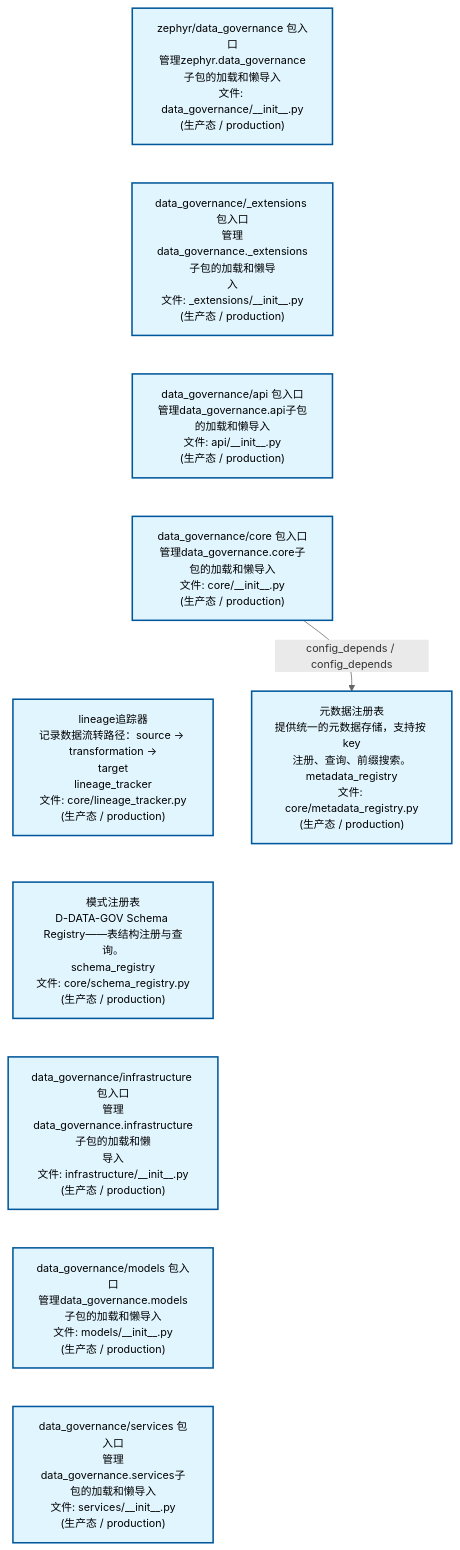
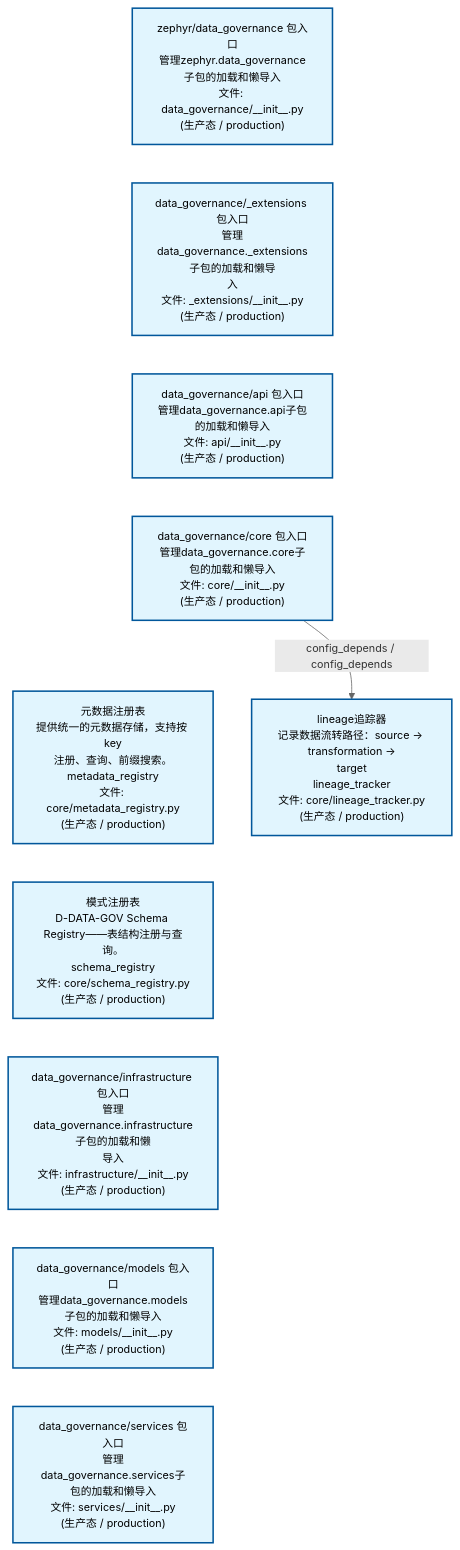
One commit to xuanFelixVan/ZephyrAlpha changed the second of 2 diagrams in docs/02_enterprise_architecture/02_domain_architecture_docs/13_d_data_gov.md. Above: the diagram before and after it, drawn with Mermaid. The commit also changed other lines of this file and 37 other files, not shown here.

````diff
--- a/docs/02_enterprise_architecture/02_domain_architecture_docs/13_d_data_gov.md
+++ b/docs/02_enterprise_architecture/02_domain_architecture_docs/13_d_data_gov.md
@@ -86,28 +86,28 @@
 ```mermaid
 %%{init: {'theme': 'base', 'themeVariables': {'primaryColor': '#eaeaea', 'primaryTextColor': '#333333', 'primaryBorderColor': '#666666', 'lineColor': '#666666', 'secondaryColor': '#eaeaea', 'tertiaryColor': '#eaeaea', 'fontSize': '14px'}}}%%
 flowchart TD
     src_zephyr_data_governance_init_py["zephyr/data_governance 包入口<br/>管理zephyr.data_governance子包的加载和懒导入<br/>文件: data_governance/__init__.py<br/>(生产态 / production)"]
     src_zephyr_data_governance_extensions_init_py["data_governance/_extensions 包入口<br/>管理data_governance._extensions子包的加载和懒导<br/>入<br/>文件: _extensions/__init__.py<br/>(生产态 / production)"]
     src_zephyr_data_governance_api_init_py["data_governance/api 包入口<br/>管理data_governance.api子包的加载和懒导入<br/>文件: api/__init__.py<br/>(生产态 / production)"]
     src_zephyr_data_governance_core_init_py["data_governance/core 包入口<br/>管理data_governance.core子包的加载和懒导入<br/>文件: core/__init__.py<br/>(生产态 / production)"]
-    src_zephyr_data_governance_core_lineage_tracker_py["lineage追踪器<br/>记录数据流转路径：source → transformation →<br/>target<br/>lineage_tracker<br/>文件: core/lineage_tracker.py<br/>(生产态 / production)"]
+    src_zephyr_data_governance_core_metadata_registry_py["元数据注册表<br/>提供统一的元数据存储，支持按 key<br/>注册、查询、前缀搜索。<br/>metadata_registry<br/>文件: core/metadata_registry.py<br/>(生产态 / production)"]
     src_zephyr_data_governance_core_schema_registry_py["模式注册表<br/>D-DATA-GOV Schema Registry——表结构注册与查询。<br/>schema_registry<br/>文件: core/schema_registry.py<br/>(生产态 / production)"]
     src_zephyr_data_governance_infrastructure_init_py["data_governance/infrastructure 包入口<br/>管理data_governance.infrastructure子包的加载和懒<br/>导入<br/>文件: infrastructure/__init__.py<br/>(生产态 / production)"]
     src_zephyr_data_governance_models_init_py["data_governance/models 包入口<br/>管理data_governance.models子包的加载和懒导入<br/>文件: models/__init__.py<br/>(生产态 / production)"]
     src_zephyr_data_governance_services_init_py["data_governance/services 包入口<br/>管理data_governance.services子包的加载和懒导入<br/>文件: services/__init__.py<br/>(生产态 / production)"]
     src_zephyr_data_governance_init_py ~~~ src_zephyr_data_governance_extensions_init_py
     src_zephyr_data_governance_extensions_init_py ~~~ src_zephyr_data_governance_api_init_py
     src_zephyr_data_governance_api_init_py ~~~ src_zephyr_data_governance_core_init_py
-    src_zephyr_data_governance_core_init_py ~~~ src_zephyr_data_governance_core_lineage_tracker_py
-    src_zephyr_data_governance_core_lineage_tracker_py ~~~ src_zephyr_data_governance_core_schema_registry_py
+    src_zephyr_data_governance_core_init_py ~~~ src_zephyr_data_governance_core_metadata_registry_py
+    src_zephyr_data_governance_core_metadata_registry_py ~~~ src_zephyr_data_governance_core_schema_registry_py
     src_zephyr_data_governance_core_schema_registry_py ~~~ src_zephyr_data_governance_infrastructure_init_py
     src_zephyr_data_governance_infrastructure_init_py ~~~ src_zephyr_data_governance_models_init_py
     src_zephyr_data_governance_models_init_py ~~~ src_zephyr_data_governance_services_init_py
-    src_zephyr_data_governance_core_metadata_registry_py["元数据注册表<br/>提供统一的元数据存储，支持按 key<br/>注册、查询、前缀搜索。<br/>metadata_registry<br/>文件: core/metadata_registry.py<br/>(生产态 / production)"]
-    src_zephyr_data_governance_core_init_py -->|config_depends / config_depends| src_zephyr_data_governance_core_metadata_registry_py
+    src_zephyr_data_governance_core_lineage_tracker_py["lineage追踪器<br/>记录数据流转路径：source → transformation →<br/>target<br/>lineage_tracker<br/>文件: core/lineage_tracker.py<br/>(生产态 / production)"]
+    src_zephyr_data_governance_core_init_py -->|config_depends / config_depends| src_zephyr_data_governance_core_lineage_tracker_py
     classDef production fill:#e1f5fe,stroke:#01579b,stroke-width:2px,color:#000
     classDef design fill:#fff3e0,stroke:#e65100,stroke-width:2px,color:#000,stroke-dasharray: 5 5
     classDef external_prod fill:#e8f4fd,stroke:#0277bd,stroke-width:1px,color:#000
     classDef external_design fill:#fff8e7,stroke:#ef6c00,stroke-width:1px,color:#000,stroke-dasharray: 5 5
     class src_zephyr_data_governance_init_py,src_zephyr_data_governance_extensions_init_py,src_zephyr_data_governance_api_init_py,src_zephyr_data_governance_core_init_py,src_zephyr_data_governance_core_lineage_tracker_py,src_zephyr_data_governance_core_metadata_registry_py,src_zephyr_data_governance_core_schema_registry_py,src_zephyr_data_governance_infrastructure_init_py,src_zephyr_data_governance_models_init_py,src_zephyr_data_governance_services_init_py production
 ```
````
